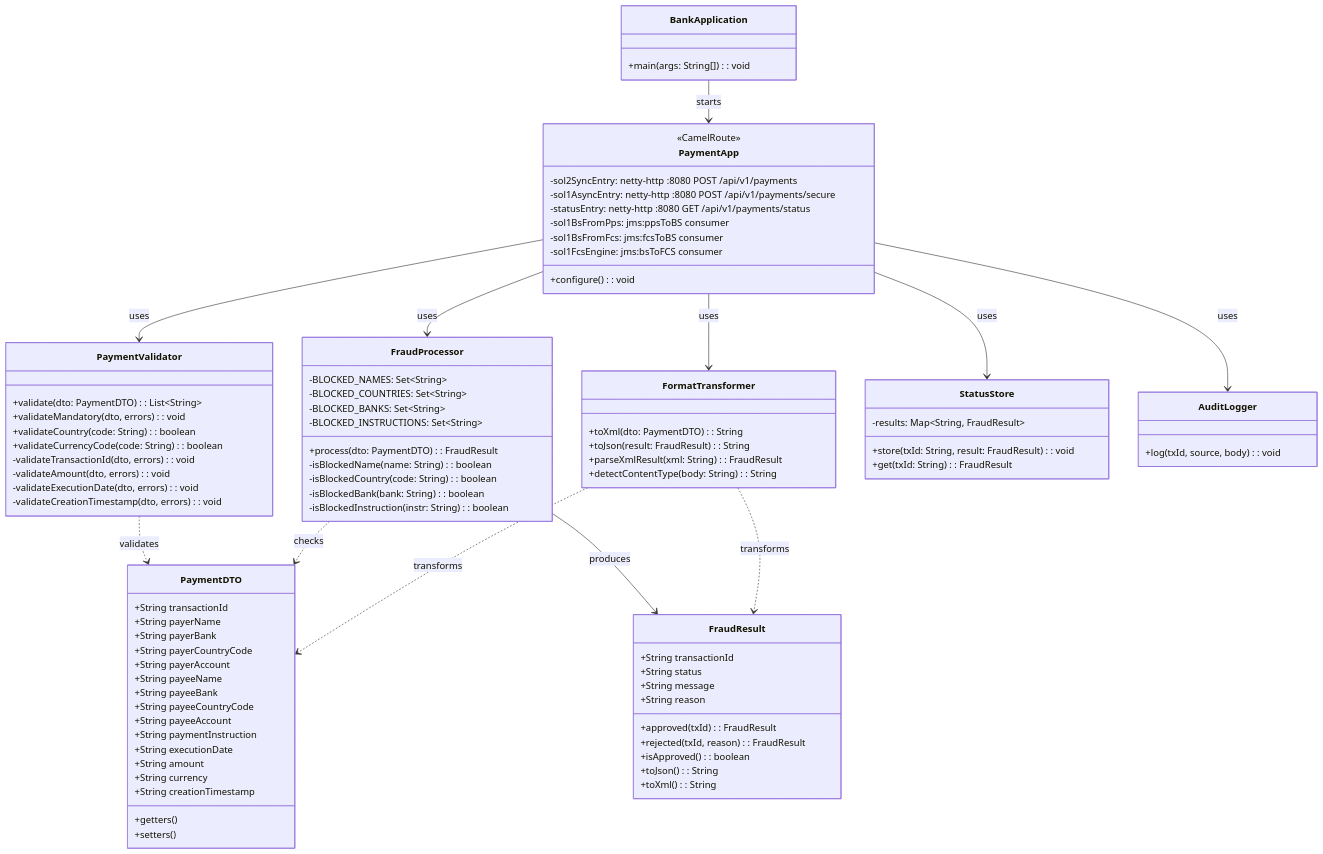
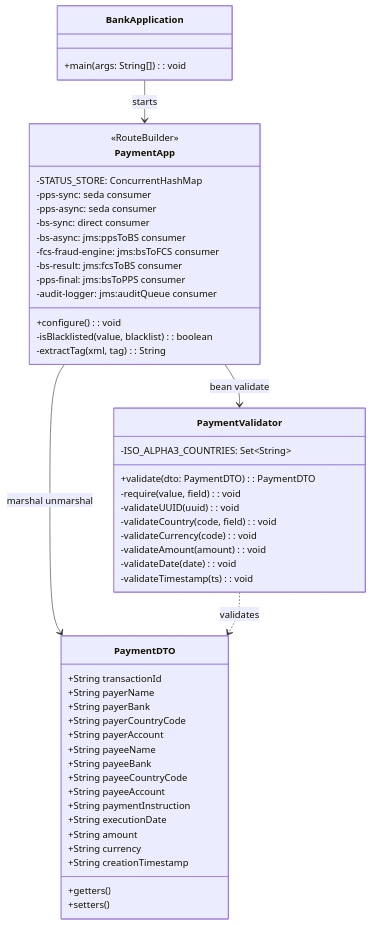
The fourth of 4 diagrams in README.md (rprakash-demo/bank-payment-fraud-poc), drawn with Mermaid before and after one commit. The commit also changed other lines of this file, not shown here.

Commit message:
Update: readme file and UML Diagram

````diff
--- a/README.md
+++ b/README.md
@@ -301,81 +329,39 @@
     }
 
     class PaymentValidator {
-        +validate(dto: PaymentDTO): List~String~
-        +validateMandatory(dto, errors): void
-        +validateCountry(code: String): boolean
-        +validateCurrencyCode(code: String): boolean
-        -validateTransactionId(dto, errors): void
-        -validateAmount(dto, errors): void
-        -validateExecutionDate(dto, errors): void
-        -validateCreationTimestamp(dto, errors): void
+        -ISO_ALPHA3_COUNTRIES: Set~String~
+        +validate(dto: PaymentDTO): PaymentDTO
+        -require(value, field): void
+        -validateUUID(uuid): void
+        -validateCountry(code, field): void
+        -validateCurrency(code): void
+        -validateAmount(amount): void
+        -validateDate(date): void
+        -validateTimestamp(ts): void
     }
 
-    class FraudProcessor {
-        +process(dto: PaymentDTO): FraudResult
-        -isBlockedName(name: String): boolean
-        -isBlockedCountry(code: String): boolean
-        -isBlockedBank(bank: String): boolean
-        -isBlockedInstruction(instr: String): boolean
-        -BLOCKED_NAMES: Set~String~
-        -BLOCKED_COUNTRIES: Set~String~
-        -BLOCKED_BANKS: Set~String~
-        -BLOCKED_INSTRUCTIONS: Set~String~
-    }
-
-    class FraudResult {
-        +String transactionId
-        +String status
-        +String message
-        +String reason
-        +approved(txId): FraudResult
-        +rejected(txId, reason): FraudResult
-        +isApproved(): boolean
-        +toJson(): String
-        +toXml(): String
-    }
-
-    class FormatTransformer {
-        +toXml(dto: PaymentDTO): String
-        +toJson(result: FraudResult): String
-        +parseXmlResult(xml: String): FraudResult
-        +detectContentType(body: String): String
-    }
-
-    class StatusStore {
-        -results: Map~String, FraudResult~
-        +store(txId: String, result: FraudResult): void
-        +get(txId: String): FraudResult
-    }
-
-    class AuditLogger {
-        +log(txId, source, body): void
+    class PaymentApp {
+        <<RouteBuilder>>
+        -STATUS_STORE: ConcurrentHashMap
+        +configure(): void
+        -pps-sync: seda consumer
+        -pps-async: seda consumer
+        -bs-sync: direct consumer
+        -bs-async: jms:ppsToBS consumer
+        -fcs-fraud-engine: jms:bsToFCS consumer
+        -bs-result: jms:fcsToBS consumer
+        -pps-final: jms:bsToPPS consumer
+        -audit-logger: jms:auditQueue consumer
+        -isBlacklisted(value, blacklist): boolean
+        -extractTag(xml, tag): String
     }
 
     class BankApplication {
         +main(args: String[]): void
     }
 
-    class PaymentApp {
-        <<CamelRoute>>
-        +configure(): void
-        -sol2SyncEntry: netty-http :8080 POST /api/v1/payments
-        -sol1AsyncEntry: netty-http :8080 POST /api/v1/payments/secure
-        -statusEntry: netty-http :8080 GET /api/v1/payments/status
-        -sol1BsFromPps: jms:ppsToBS consumer
-        -sol1BsFromFcs: jms:fcsToBS consumer
-        -sol1FcsEngine: jms:bsToFCS consumer
-    }
-
+    BankApplication --> PaymentApp : starts
+    PaymentApp --> PaymentValidator : bean validate
+    PaymentApp --> PaymentDTO : marshal unmarshal
     PaymentValidator ..> PaymentDTO : validates
-    FraudProcessor ..> PaymentDTO : checks
-    FraudProcessor --> FraudResult : produces
-    FormatTransformer ..> PaymentDTO : transforms
-    FormatTransformer ..> FraudResult : transforms
-    PaymentApp --> PaymentValidator : uses
-    PaymentApp --> FraudProcessor : uses
-    PaymentApp --> FormatTransformer : uses
-    PaymentApp --> AuditLogger : uses
-    PaymentApp --> StatusStore : uses
-    BankApplication --> PaymentApp : starts
 ```
````
